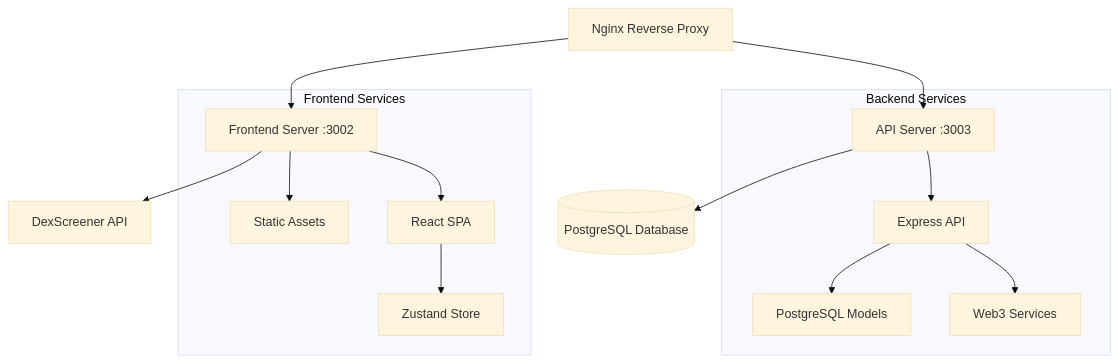
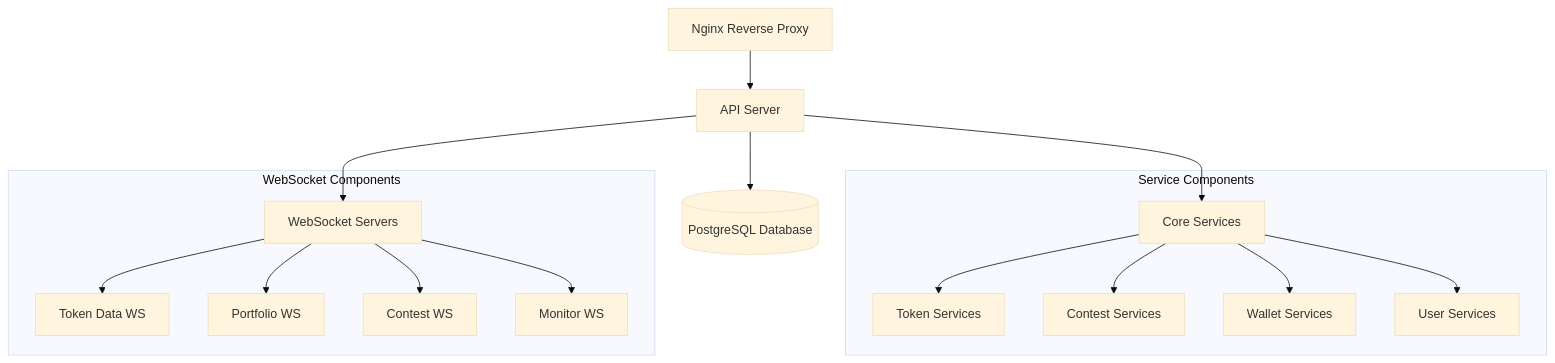
One commit to BranchManager69/degenduel changed the diagram in README.md. Above: the diagram before and after it, drawn with Mermaid (base theme). The commit also changed other lines of this file, not shown here.

````diff
--- a/README.md
+++ b/README.md
@@ -115,19 +335,21 @@
 ```mermaid
 graph TD
-    A[Nginx Reverse Proxy] --> B[Frontend Server :3002]
-    A --> C[API Server :3003]
-    B --> D[DexScreener API]
-    C --> E[(PostgreSQL Database)]
+    A[Nginx Reverse Proxy] --> B[API Server]
+    B --> C[(PostgreSQL Database)]
+    B --> D[WebSocket Servers]
+    B --> E[Core Services]
     
-    subgraph "Frontend Services"
-        B --> F[Static Assets]
-        B --> G[React SPA]
-        G --> H[Zustand Store]
+    subgraph "Service Components"
+        E --> F[Token Services]
+        E --> G[Contest Services]
+        E --> H[Wallet Services]
+        E --> I[User Services]
     end
     
-    subgraph "Backend Services"
-        C --> I[Express API]
-        I --> J[PostgreSQL Models]
-        I --> K[Web3 Services]
+    subgraph "WebSocket Components"
+        D --> J[Token Data WS]
+        D --> K[Portfolio WS]
+        D --> L[Contest WS]
+        D --> M[Monitor WS]
     end
 ```
````
